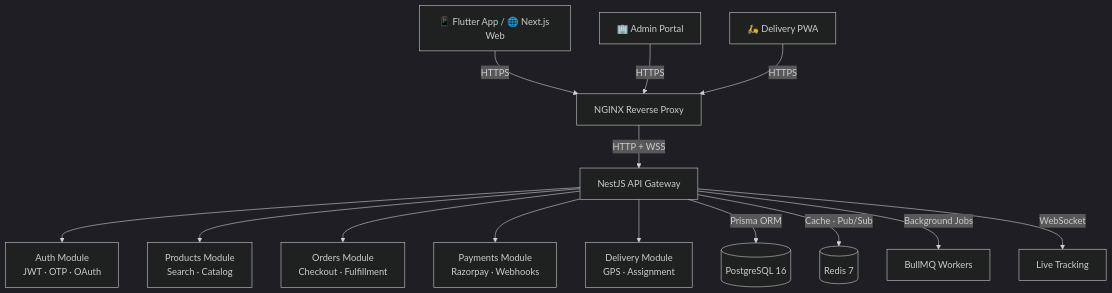
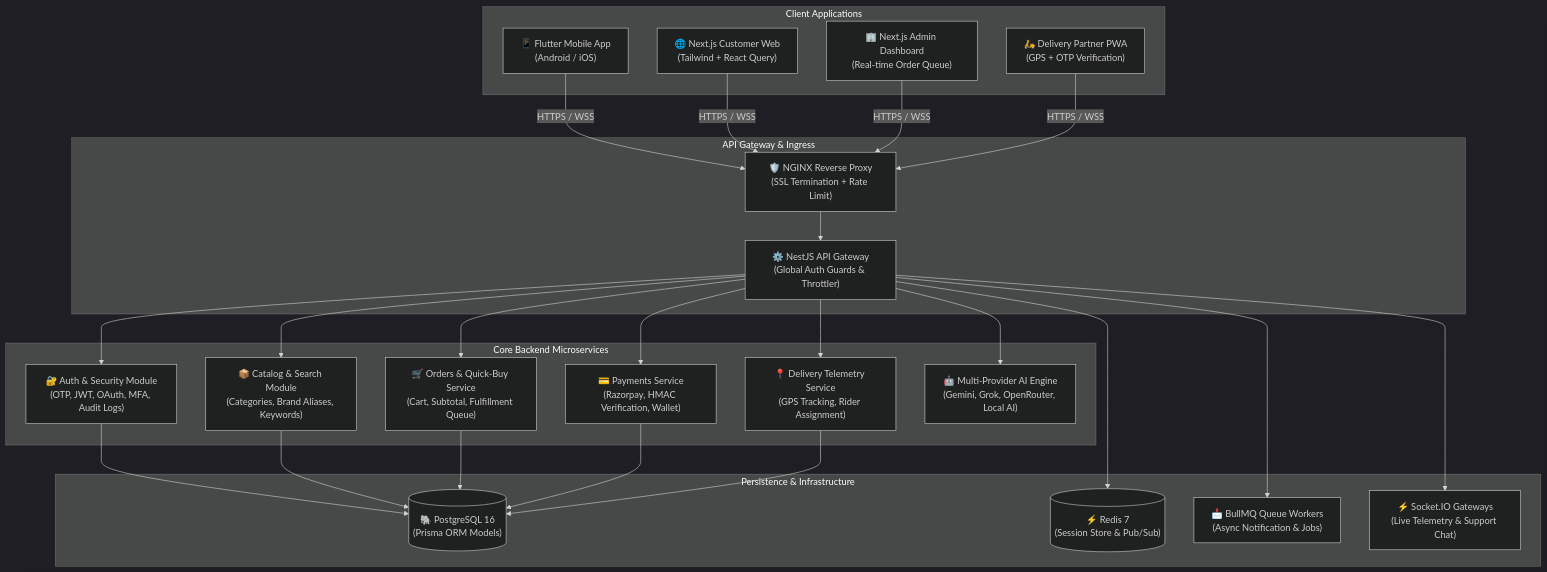
Before and after one commit to Sachinxcode-01/Daily-Basket: the first of 2 diagrams in README.md, drawn with Mermaid (dark theme). The commit also changed other lines of this file and 68 other files, not shown here.

````diff
--- a/README.md
+++ b/README.md
@@ -186,18 +73,54 @@
 ```mermaid
 graph TD
-    Client[📱 Flutter App / 🌐 Next.js Web] -->|HTTPS| NGINX[NGINX Reverse Proxy]
-    Admin[🏢 Admin Portal] -->|HTTPS| NGINX
-    Rider[🛵 Delivery PWA] -->|HTTPS| NGINX
-    NGINX -->|HTTP + WSS| NestJS[NestJS API Gateway]
+    subgraph Client Applications
+        Mobile["📱 Flutter Mobile App\n(Android / iOS)"]
+        Web["🌐 Next.js Customer Web\n(Tailwind + React Query)"]
+        Admin["🏢 Next.js Admin Dashboard\n(Real-time Order Queue)"]
+        Rider["🛵 Delivery Partner PWA\n(GPS + OTP Verification)"]
+    end
 
-    NestJS --> Auth[Auth Module\nJWT · OTP · OAuth]
-    NestJS --> Products[Products Module\nSearch · Catalog]
-    NestJS --> Orders[Orders Module\nCheckout · Fulfillment]
-    NestJS --> Payments[Payments Module\nRazorpay · Webhooks]
-    NestJS --> Delivery[Delivery Module\nGPS · Assignment]
+    subgraph API Gateway & Ingress
+        NGINX["🛡️ NGINX Reverse Proxy\n(SSL Termination + Rate Limit)"]
+        NestGateway["⚙️ NestJS API Gateway\n(Global Auth Guards & Throttler)"]
+    end
 
-    NestJS -->|Prisma ORM| PG[(PostgreSQL 16)]
-    NestJS -->|Cache · Pub/Sub| Redis[(Redis 7)]
-    NestJS -->|Background Jobs| Bull[BullMQ Workers]
-    NestJS -->|WebSocket| WS[Live Tracking]
+    subgraph Core Backend Microservices
+        AuthModule["🔐 Auth & Security Module\n(OTP, JWT, OAuth, MFA, Audit Logs)"]
+        CatalogModule["📦 Catalog & Search Module\n(Categories, Brand Aliases, Keywords)"]
+        OrdersModule["🛒 Orders & Quick-Buy Service\n(Cart, Subtotal, Fulfillment Queue)"]
+        PaymentsModule["💳 Payments Service\n(Razorpay, HMAC Verification, Wallet)"]
+        DeliveryModule["📍 Delivery Telemetry Service\n(GPS Tracking, Rider Assignment)"]
+        AiEngine["🤖 Multi-Provider AI Engine\n(Gemini, Grok, OpenRouter, Local AI)"]
+    end
+
+    subgraph Persistence & Infrastructure
+        PostgresDB[("🐘 PostgreSQL 16\n(Prisma ORM Models)")]
+        RedisCache[("⚡ Redis 7\n(Session Store & Pub/Sub)")]
+        BullMQWorkers["📩 BullMQ Queue Workers\n(Async Notification & Jobs)"]
+        SocketServer["⚡ Socket.IO Gateways\n(Live Telemetry & Support Chat)"]
+    end
+
+    Mobile -->|HTTPS / WSS| NGINX
+    Web -->|HTTPS / WSS| NGINX
+    Admin -->|HTTPS / WSS| NGINX
+    Rider -->|HTTPS / WSS| NGINX
+
+    NGINX --> NestGateway
+
+    NestGateway --> AuthModule
+    NestGateway --> CatalogModule
+    NestGateway --> OrdersModule
+    NestGateway --> PaymentsModule
+    NestGateway --> DeliveryModule
+    NestGateway --> AiEngine
+
+    AuthModule --> PostgresDB
+    CatalogModule --> PostgresDB
+    OrdersModule --> PostgresDB
+    PaymentsModule --> PostgresDB
+    DeliveryModule --> PostgresDB
+
+    NestGateway --> RedisCache
+    NestGateway --> BullMQWorkers
+    NestGateway --> SocketServer
 ```
````
